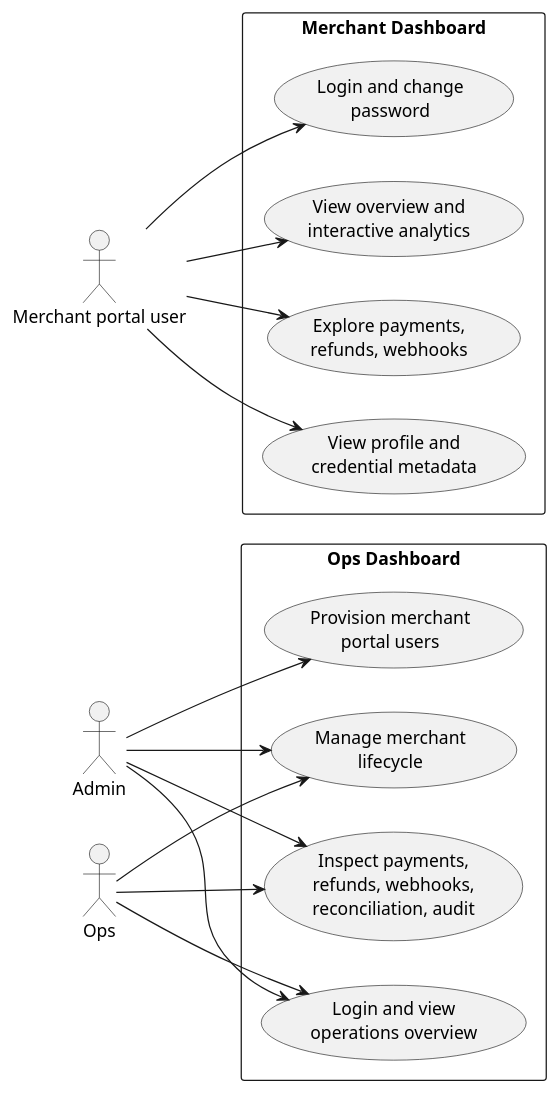
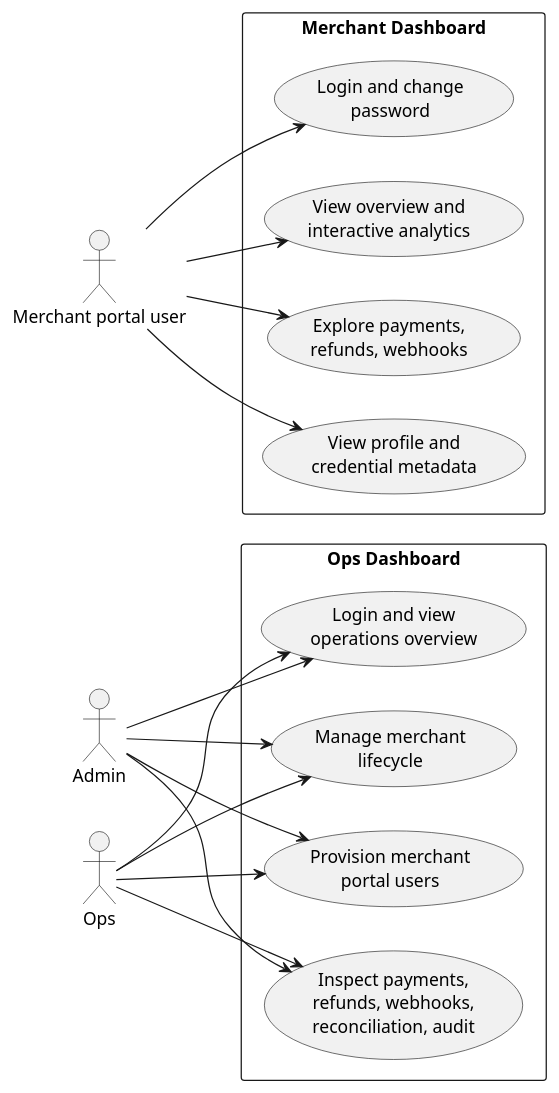
Before and after one commit to biabeogo147/mini-payment-gateway: the second of 7 diagrams in docs/product/use-cases.md, drawn with PlantUML. The commit also changed other lines of this file and 33 other files, not shown here.

````diff
--- a/docs/product/use-cases.md
+++ b/docs/product/use-cases.md
@@ -106,36 +102,37 @@
 ```plantuml
 @startuml dashboard_use_cases
 left to right direction
 skinparam packageStyle rectangle
 
 actor "Admin" as Admin
 actor "Ops" as Ops
 actor "Merchant portal user" as MerchantUser
 
 rectangle "Ops Dashboard" {
   usecase "Login and view\noperations overview" as DUC001
   usecase "Manage merchant\nlifecycle" as DUC002
   usecase "Provision merchant\nportal users" as DUC003
   usecase "Inspect payments,\nrefunds, webhooks,\nreconciliation, audit" as DUC004
 }
 
 rectangle "Merchant Dashboard" {
   usecase "Login and change\npassword" as DUC005
   usecase "View overview and\ninteractive analytics" as DUC006
   usecase "Explore payments,\nrefunds, webhooks" as DUC007
   usecase "View profile and\ncredential metadata" as DUC008
 }
 
 Admin --> DUC001
 Admin --> DUC002
 Admin --> DUC003
 Admin --> DUC004
 Ops --> DUC001
 Ops --> DUC002
+Ops --> DUC003
 Ops --> DUC004
 MerchantUser --> DUC005
 MerchantUser --> DUC006
 MerchantUser --> DUC007
 MerchantUser --> DUC008
 @enduml
 ```
````
